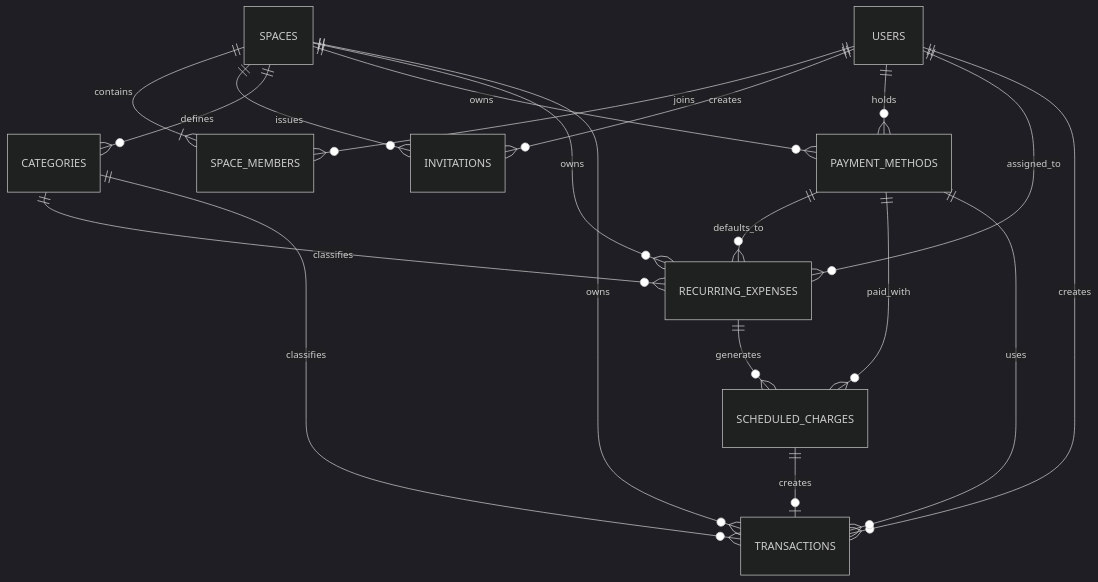
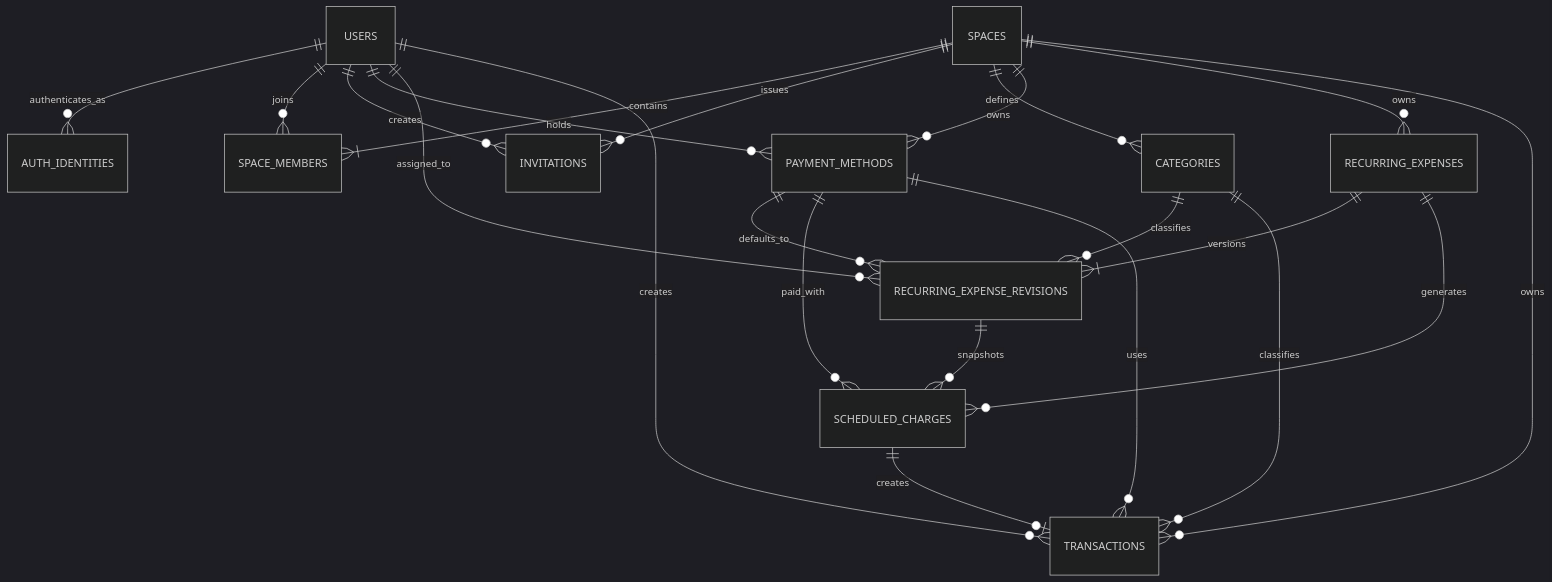
The diagram in docs/01-plan/erd.md (hkcho11/handal-sallim), drawn with Mermaid (dark theme) before and after one commit. The commit also changed other lines of this file and 2 other files, not shown here.

Commit message:
docs(schema): strengthen domain boundaries (#5)

````diff
--- a/docs/01-plan/erd.md
+++ b/docs/01-plan/erd.md
@@ -7,25 +7,28 @@
 ```mermaid
 erDiagram
+    USERS ||--o{ AUTH_IDENTITIES : authenticates_as
     USERS ||--o{ SPACE_MEMBERS : joins
     SPACES ||--|{ SPACE_MEMBERS : contains
     SPACES ||--o{ INVITATIONS : issues
     USERS ||--o{ INVITATIONS : creates
 
     SPACES ||--o{ CATEGORIES : defines
     SPACES ||--o{ PAYMENT_METHODS : owns
     USERS ||--o{ PAYMENT_METHODS : holds
 
     SPACES ||--o{ RECURRING_EXPENSES : owns
-    USERS ||--o{ RECURRING_EXPENSES : assigned_to
-    CATEGORIES ||--o{ RECURRING_EXPENSES : classifies
-    PAYMENT_METHODS ||--o{ RECURRING_EXPENSES : defaults_to
+    RECURRING_EXPENSES ||--|{ RECURRING_EXPENSE_REVISIONS : versions
+    USERS ||--o{ RECURRING_EXPENSE_REVISIONS : assigned_to
+    CATEGORIES ||--o{ RECURRING_EXPENSE_REVISIONS : classifies
+    PAYMENT_METHODS ||--o{ RECURRING_EXPENSE_REVISIONS : defaults_to
 
     RECURRING_EXPENSES ||--o{ SCHEDULED_CHARGES : generates
+    RECURRING_EXPENSE_REVISIONS ||--o{ SCHEDULED_CHARGES : snapshots
     PAYMENT_METHODS ||--o{ SCHEDULED_CHARGES : paid_with
 
     SPACES ||--o{ TRANSACTIONS : owns
     USERS ||--o{ TRANSACTIONS : creates
     CATEGORIES ||--o{ TRANSACTIONS : classifies
     PAYMENT_METHODS ||--o{ TRANSACTIONS : uses
     SCHEDULED_CHARGES ||--o| TRANSACTIONS : creates
 ```
````
